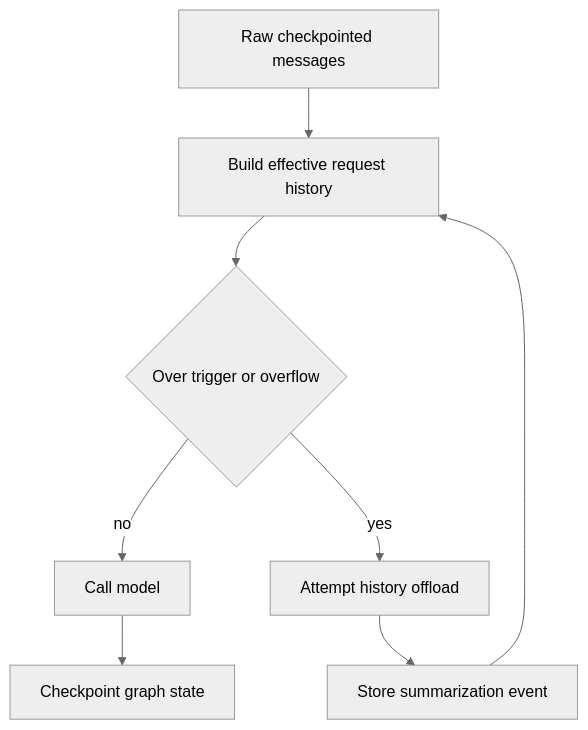
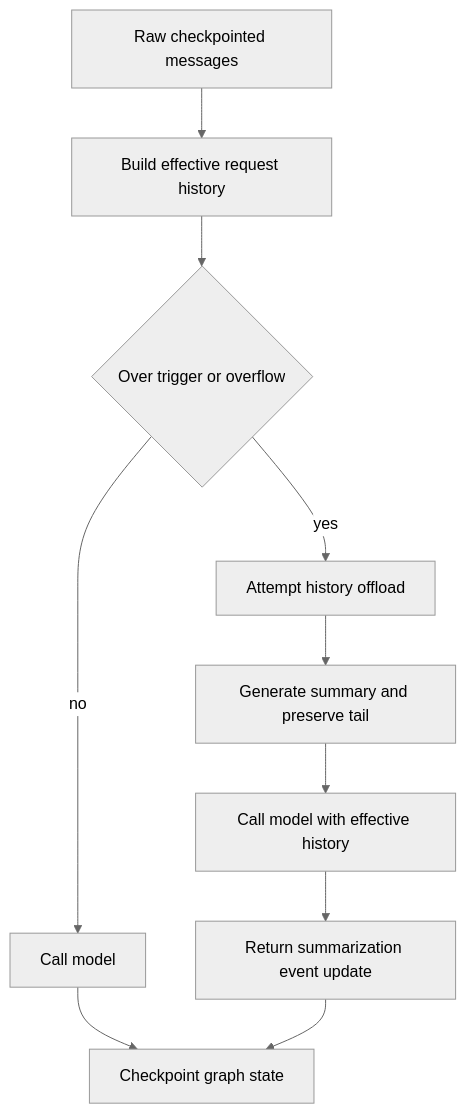
Before and after one commit to langchain-ai/deepagents: the first of 3 diagrams in openwiki/architecture/runtime-behavior.md, drawn with Mermaid (neutral theme). The commit also changed other lines of this file and 26 other files, not shown here.

````diff
--- a/openwiki/architecture/runtime-behavior.md
+++ b/openwiki/architecture/runtime-behavior.md
@@ -49,10 +51,12 @@
 ```mermaid
 flowchart TD
     Raw["Raw checkpointed messages"] --> Shape["Build effective request history"]
     Shape --> Budget{"Over trigger or overflow"}
     Budget -- "no" --> Call["Call model"]
     Budget -- "yes" --> Offload["Attempt history offload"]
-    Offload --> Event["Store summarization event"]
-    Event --> Shape
+    Offload --> Summary["Generate summary and preserve tail"]
+    Summary --> CompactCall["Call model with effective history"]
+    CompactCall --> Event["Return summarization event update"]
     Call --> Checkpoint["Checkpoint graph state"]
+    Event --> Checkpoint
 ```
````
